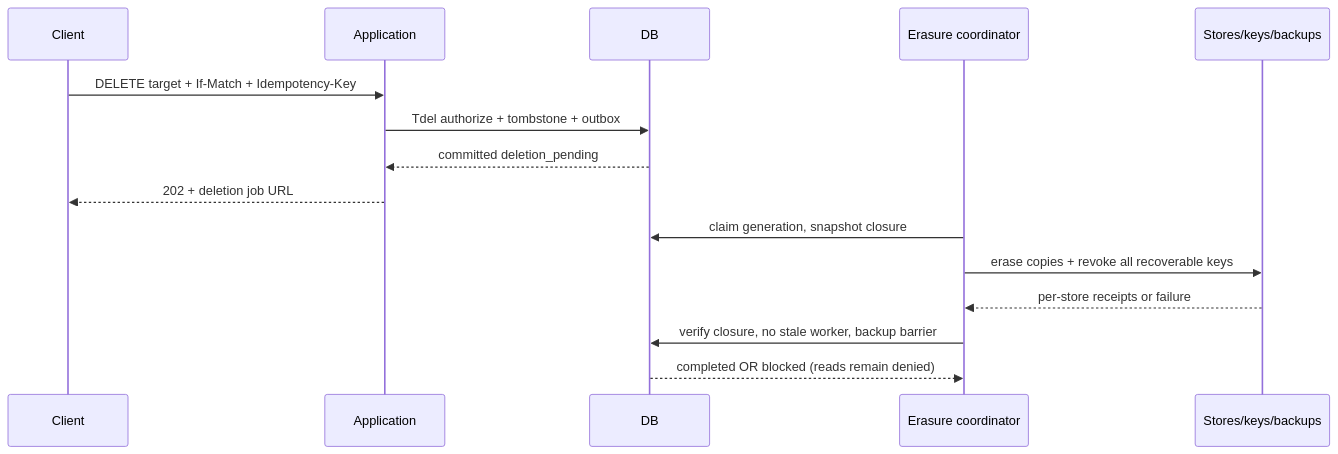
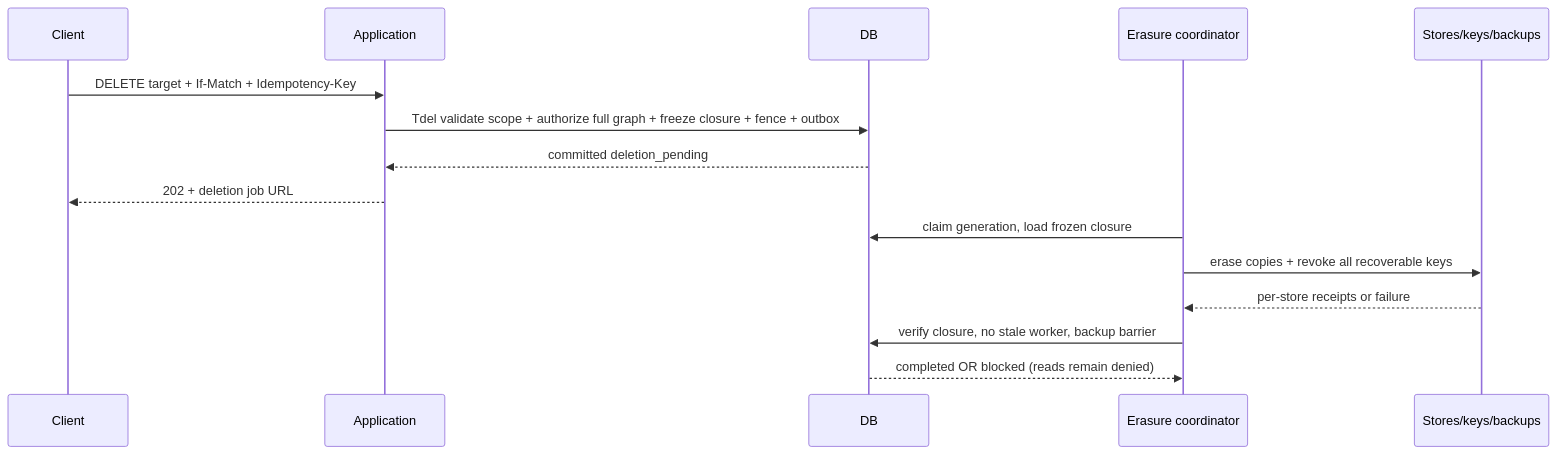
Before and after one commit to suisui0601a-pixel/YixuMemory: the second of 2 diagrams in docs/SEQUENCES.md, drawn with Mermaid. The commit also changed other lines of this file and 36 other files, not shown here.

````diff
--- a/docs/SEQUENCES.md
+++ b/docs/SEQUENCES.md
@@ -22,17 +22,17 @@
 ```mermaid
 sequenceDiagram
   participant C as Client
   participant A as Application
   participant D as DB
   participant W as Erasure coordinator
   participant S as Stores/keys/backups
   C->>A: DELETE target + If-Match + Idempotency-Key
-  A->>D: Tdel authorize + tombstone + outbox
+  A->>D: Tdel validate scope + authorize full graph + freeze closure + fence + outbox
   D-->>A: committed deletion_pending
   A-->>C: 202 + deletion job URL
-  W->>D: claim generation, snapshot closure
+  W->>D: claim generation, load frozen closure
   W->>S: erase copies + revoke all recoverable keys
   S-->>W: per-store receipts or failure
   W->>D: verify closure, no stale worker, backup barrier
   D-->>W: completed OR blocked (reads remain denied)
 ```
````
